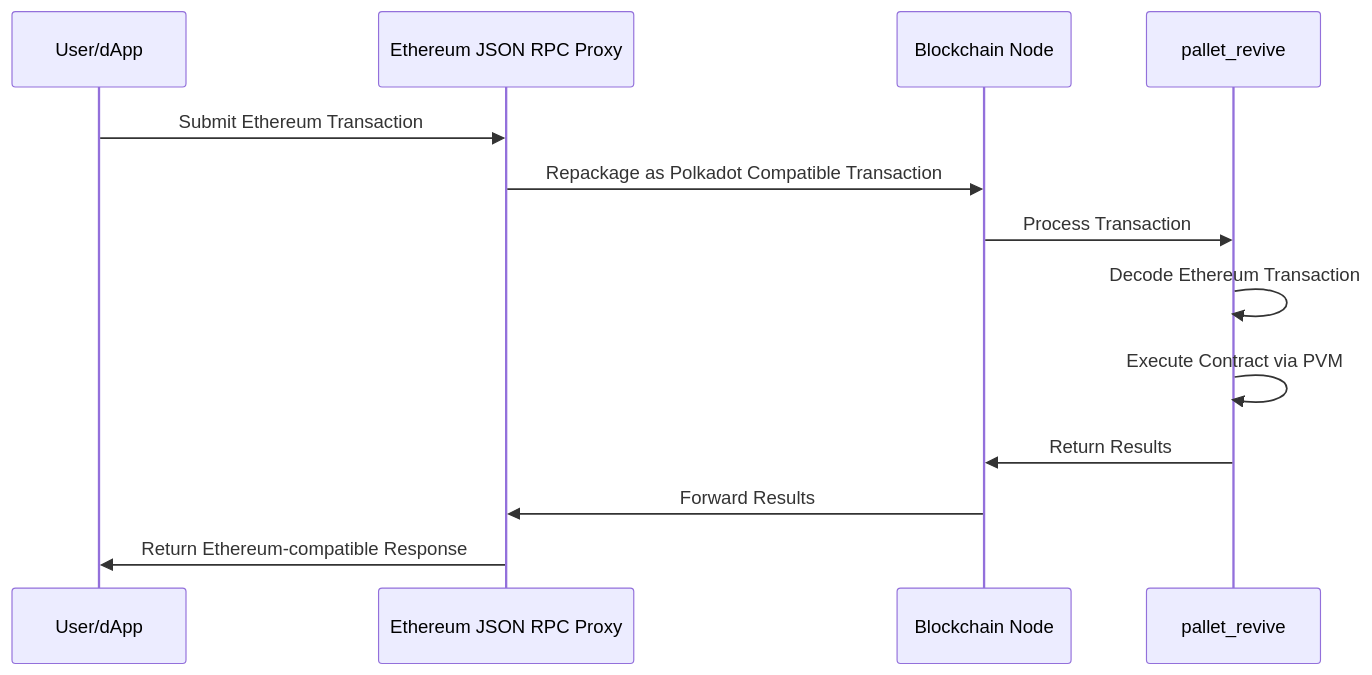
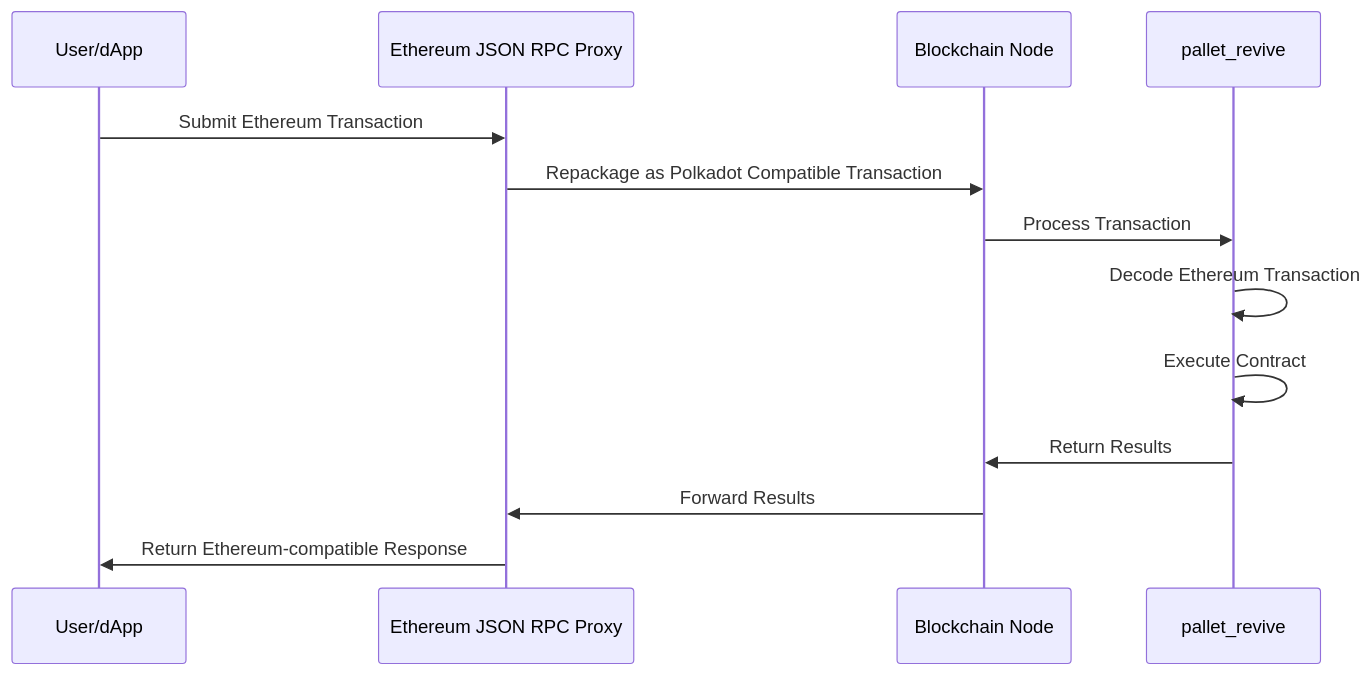
One commit to polkadot-developers/polkadot-docs changed the diagram in .ai/categories/basics.md. Above: the diagram before and after it, drawn with Mermaid. The commit also changed other lines of this file and 20 other files, not shown here.

````diff
--- a/.ai/categories/basics.md
+++ b/.ai/categories/basics.md
@@ -1028,16 +976,16 @@
 ```mermaid
 sequenceDiagram
     participant User as User/dApp
     participant Proxy as Ethereum JSON RPC Proxy
     participant Chain as Blockchain Node
     participant Pallet as pallet_revive
-    
+
     User->>Proxy: Submit Ethereum Transaction
     Proxy->>Chain: Repackage as Polkadot Compatible Transaction
     Chain->>Pallet: Process Transaction
     Pallet->>Pallet: Decode Ethereum Transaction
-    Pallet->>Pallet: Execute Contract via PVM
+    Pallet->>Pallet: Execute Contract
     Pallet->>Chain: Return Results
     Chain->>Proxy: Forward Results
     Proxy->>User: Return Ethereum-compatible Response
 ```
````
